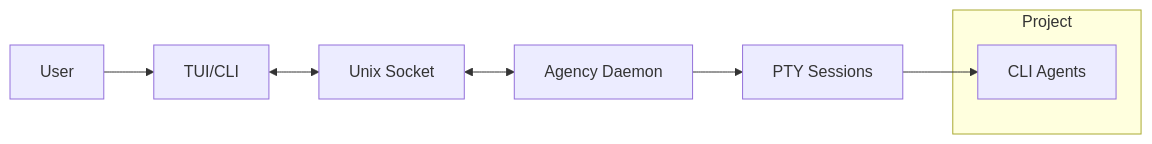
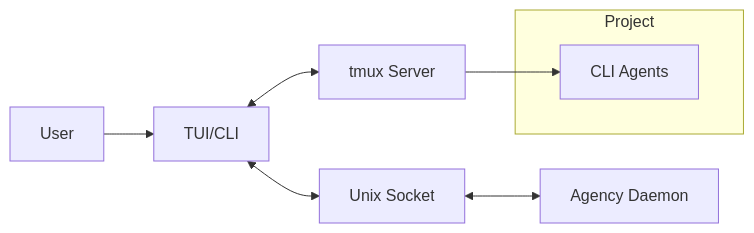
One commit to tobias-walle/agency changed the first of 2 diagrams in README.md. Above: the diagram before and after it, drawn with Mermaid. The commit also changed other lines of this file and 29 other files, not shown here.

Commit message:
feat: migrate from PTY to tmux sessions to avoid edge cases

````diff
--- a/README.md
+++ b/README.md
@@ -89,12 +97,12 @@
 ```mermaid
 flowchart LR
   U[User] --> C[TUI/CLI]
   C <--> S[Unix Socket]
   S <--> D[Agency Daemon]
-  D --> P[PTY Sessions]
-  P --> A[CLI Agents]
+  C <--> T[tmux Server]
+  T --> A[CLI Agents]
 
   subgraph Project
     A
   end
 ```
````
